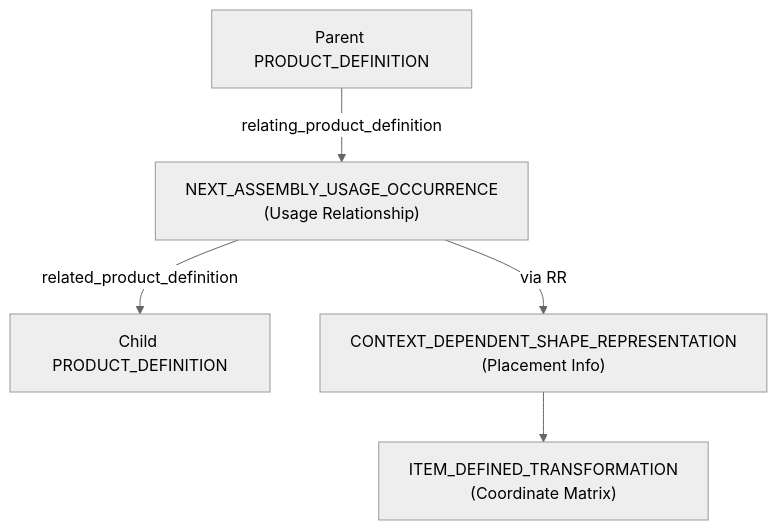
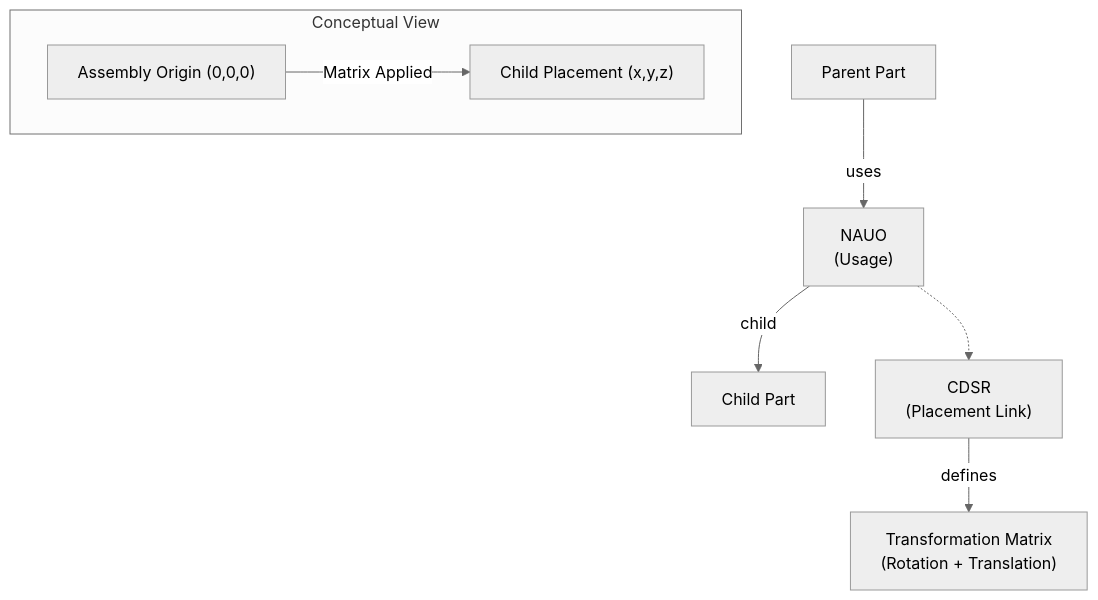
The second of 5 diagrams in format/data-model-map.md (takuto-NA/step-standards-explained), drawn with Mermaid (neutral theme) before and after one commit. The commit also changed other lines of this file and 5 other files, not shown here.

Commit message:
docs: Enhance STEP documentation with new sections on B-rep vs. Mesh, file structure, and topology separation, including visual diagrams to clarify concepts and improve understanding for implementers.

````diff
--- a/format/data-model-map.md
+++ b/format/data-model-map.md
@@ -133,7 +135,13 @@
 ```mermaid
 graph TD
-    ParentPD["Parent PRODUCT_DEFINITION"] -->|"relating_product_definition"| NAUO["NEXT_ASSEMBLY_USAGE_OCCURRENCE<br/>(Usage Relationship)"]
-    NAUO -->|"related_product_definition"| ChildPD["Child PRODUCT_DEFINITION"]
-    NAUO -->|"via RR"| CDSR["CONTEXT_DEPENDENT_SHAPE_REPRESENTATION<br/>(Placement Info)"]
-    CDSR --> IT["ITEM_DEFINED_TRANSFORMATION<br/>(Coordinate Matrix)"]
+    ParentPD["Parent Part"] -->|"uses"| NAUO["NAUO<br/>(Usage)"]
+    NAUO -->|"child"| ChildPD["Child Part"]
+    NAUO -.-> CDSR["CDSR<br/>(Placement Link)"]
+    CDSR -->|"defines"| Trans["Transformation Matrix<br/>(Rotation + Translation)"]
+    
+    subgraph Conceptual_View [Conceptual View]
+        P_Coord["Assembly Origin (0,0,0)"]
+        C_Coord["Child Placement (x,y,z)"]
+        P_Coord -->|"Matrix Applied"| C_Coord
+    end
 ```
````
